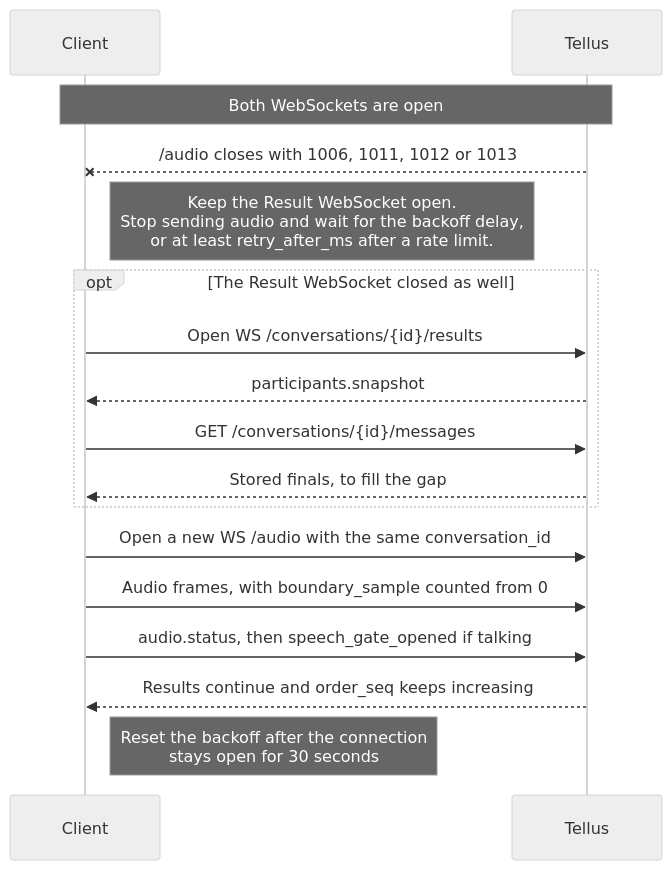
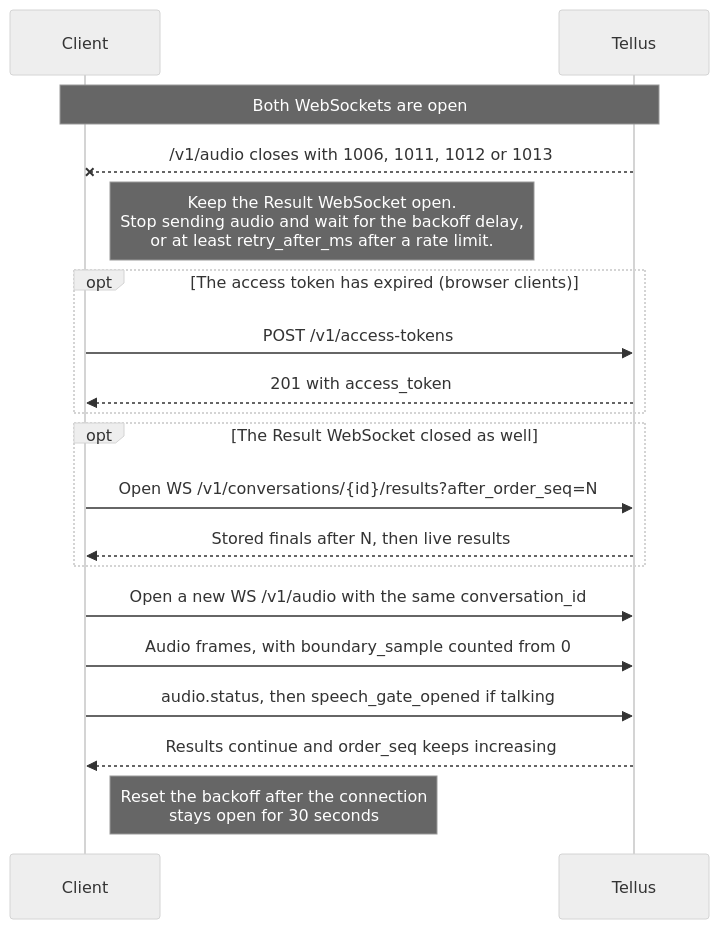
One commit to tellus-ai/Tellus-realtime-translate-example changed the third of 4 diagrams in README.md. Above: the diagram before and after it, drawn with Mermaid (neutral theme). The commit also changed other lines of this file and 73 other files, not shown here.

````diff
--- a/README.md
+++ b/README.md
@@ -681,20 +833,22 @@
 ```mermaid
 sequenceDiagram
     participant C as Client
     participant T as Tellus
 
     Note over C,T: Both WebSockets are open
-    T--xC: /audio closes with 1006, 1011, 1012 or 1013
+    T--xC: /v1/audio closes with 1006, 1011, 1012 or 1013
     Note right of C: Keep the Result WebSocket open.<br/>Stop sending audio and wait for the backoff delay,<br/>or at least retry_after_ms after a rate limit.
+    opt The access token has expired (browser clients)
+        C->>T: POST /v1/access-tokens
+        T-->>C: 201 with access_token
+    end
     opt The Result WebSocket closed as well
-        C->>T: Open WS /conversations/{id}/results
-        T-->>C: participants.snapshot
-        C->>T: GET /conversations/{id}/messages
-        T-->>C: Stored finals, to fill the gap
+        C->>T: Open WS /v1/conversations/{id}/results?after_order_seq=N
+        T-->>C: Stored finals after N, then live results
     end
-    C->>T: Open a new WS /audio with the same conversation_id
+    C->>T: Open a new WS /v1/audio with the same conversation_id
     C->>T: Audio frames, with boundary_sample counted from 0
     C->>T: audio.status, then speech_gate_opened if talking
     T-->>C: Results continue and order_seq keeps increasing
     Note right of C: Reset the backoff after the connection<br/>stays open for 30 seconds
 ```
````
